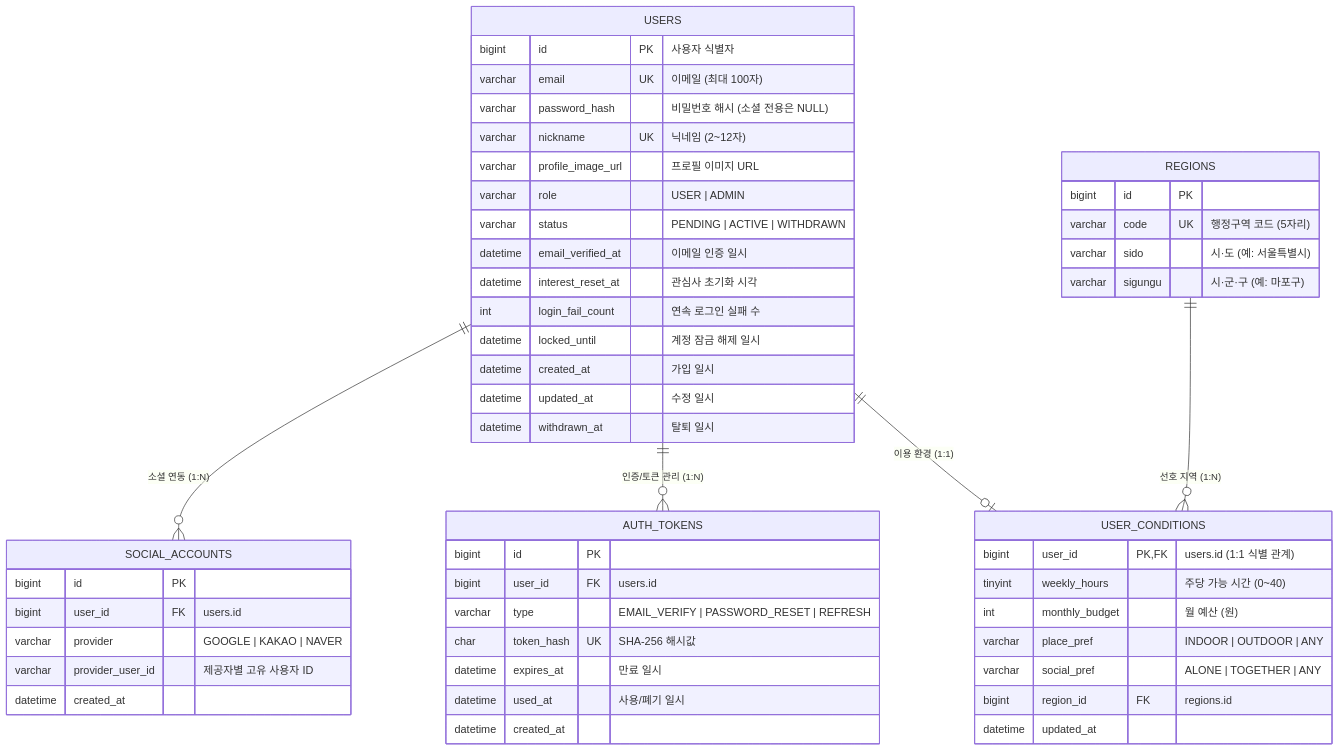
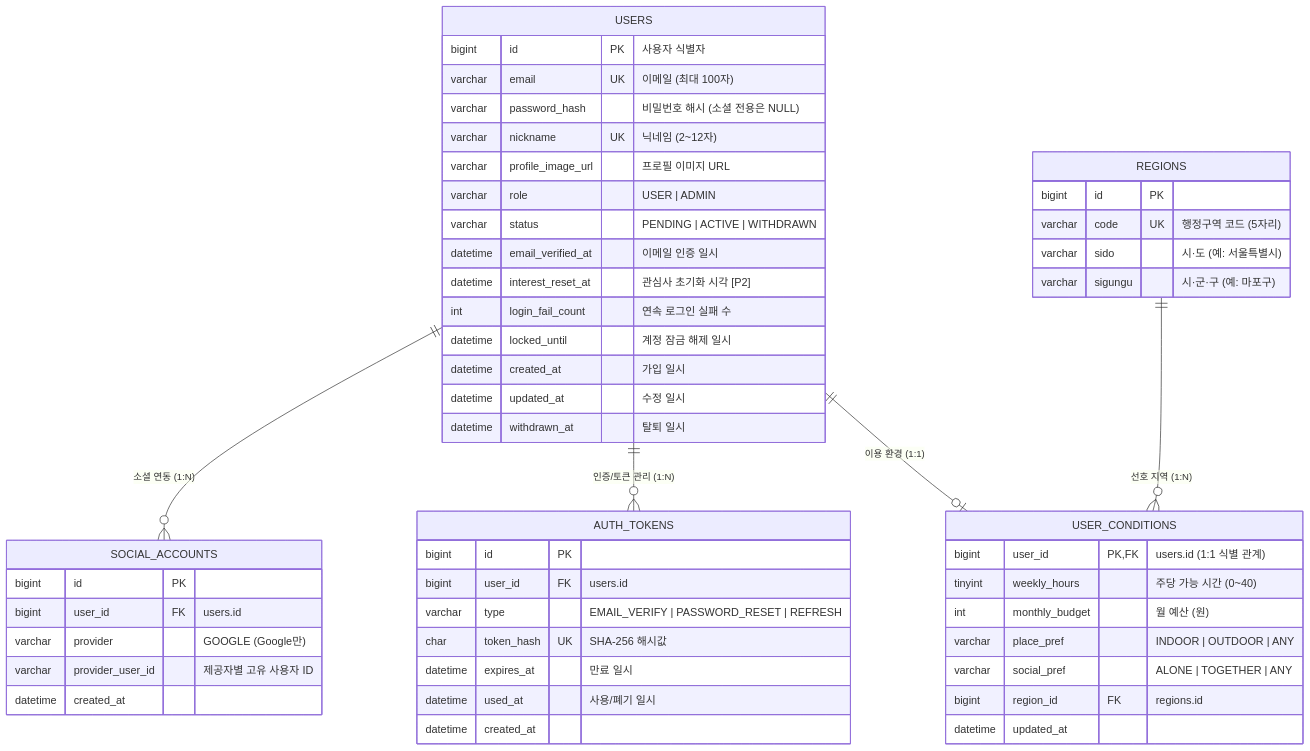
The second of 8 diagrams in repo/docs/db/ERD.md (MinBeom2/NyamNyamHobby), drawn with Mermaid before and after one commit. The commit also changed other lines of this file and 11 other files, not shown here.

````diff
--- a/repo/docs/db/ERD.md
+++ b/repo/docs/db/ERD.md
@@ -79,59 +80,59 @@
 ```mermaid
 erDiagram
     USERS ||--o{ SOCIAL_ACCOUNTS : "소셜 연동 (1:N)"
     USERS ||--o{ AUTH_TOKENS : "인증/토큰 관리 (1:N)"
     USERS ||--o| USER_CONDITIONS : "이용 환경 (1:1)"
     REGIONS ||--o{ USER_CONDITIONS : "선호 지역 (1:N)"
 
     USERS {
         bigint id PK "사용자 식별자"
         varchar email UK "이메일 (최대 100자)"
         varchar password_hash "비밀번호 해시 (소셜 전용은 NULL)"
         varchar nickname UK "닉네임 (2~12자)"
         varchar profile_image_url "프로필 이미지 URL"
         varchar role "USER | ADMIN"
         varchar status "PENDING | ACTIVE | WITHDRAWN"
         datetime email_verified_at "이메일 인증 일시"
-        datetime interest_reset_at "관심사 초기화 시각"
+        datetime interest_reset_at "관심사 초기화 시각 [P2]"
         int login_fail_count "연속 로그인 실패 수"
         datetime locked_until "계정 잠금 해제 일시"
         datetime created_at "가입 일시"
         datetime updated_at "수정 일시"
         datetime withdrawn_at "탈퇴 일시"
     }
 
     SOCIAL_ACCOUNTS {
         bigint id PK
         bigint user_id FK "users.id"
-        varchar provider "GOOGLE | KAKAO | NAVER"
+        varchar provider "GOOGLE (Google만)"
         varchar provider_user_id "제공자별 고유 사용자 ID"
         datetime created_at
     }
 
     AUTH_TOKENS {
         bigint id PK
         bigint user_id FK "users.id"
         varchar type "EMAIL_VERIFY | PASSWORD_RESET | REFRESH"
         char token_hash UK "SHA-256 해시값"
         datetime expires_at "만료 일시"
         datetime used_at "사용/폐기 일시"
         datetime created_at
     }
 
     REGIONS {
         bigint id PK
         varchar code UK "행정구역 코드 (5자리)"
         varchar sido "시·도 (예: 서울특별시)"
         varchar sigungu "시·군·구 (예: 마포구)"
     }
 
     USER_CONDITIONS {
         bigint user_id PK, FK "users.id (1:1 식별 관계)"
         tinyint weekly_hours "주당 가능 시간 (0~40)"
         int monthly_budget "월 예산 (원)"
         varchar place_pref "INDOOR | OUTDOOR | ANY"
         varchar social_pref "ALONE | TOGETHER | ANY"
         bigint region_id FK "regions.id"
         datetime updated_at
     }
 ```
````
